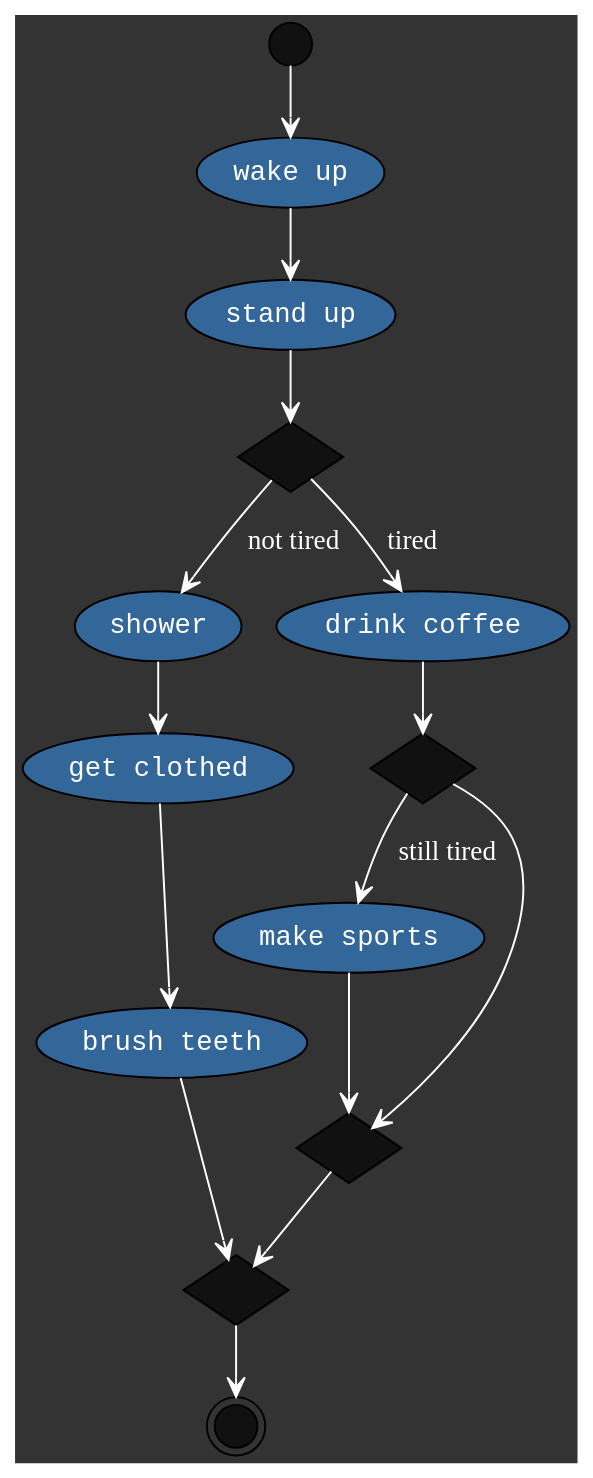
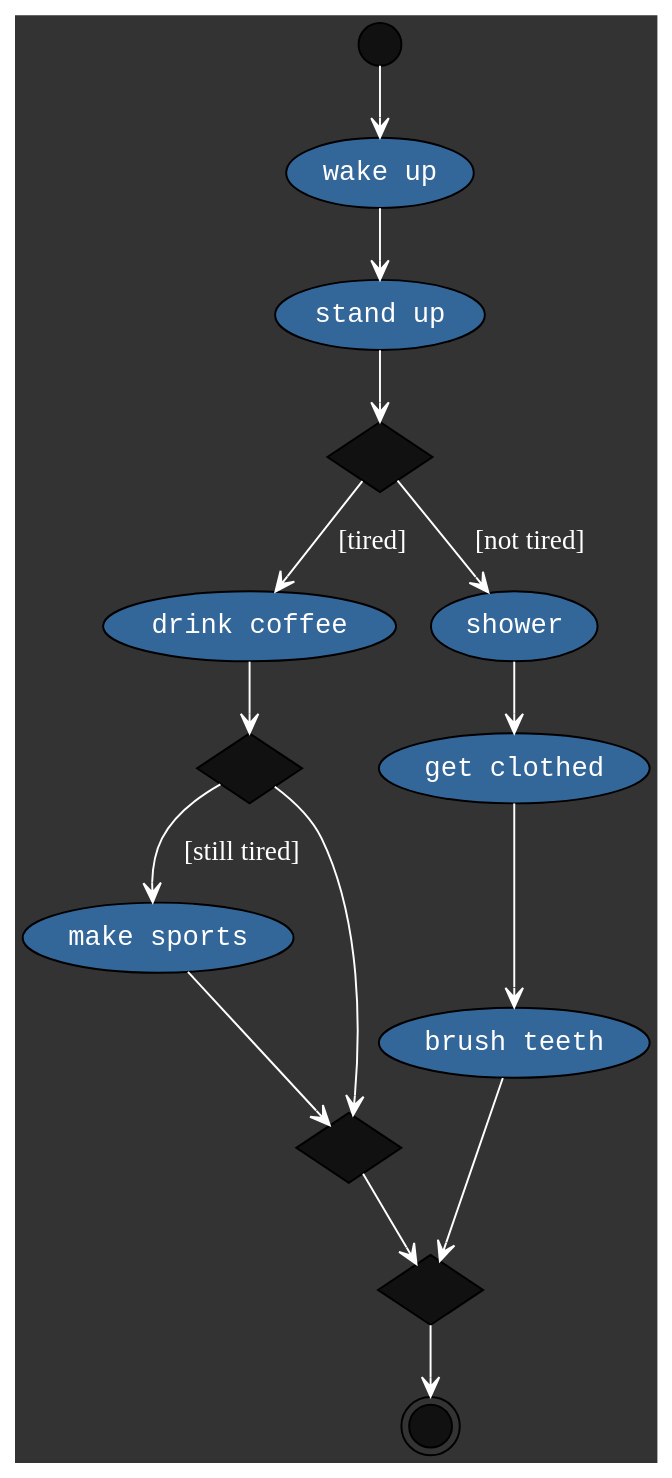
One commit to windler/AwesM changed the diagram in examples/simple_test.png.dot. Above: the diagram before and after it, drawn with Graphviz. The commit also changed 2 other files, not shown here.

```diff
--- a/examples/simple_test.png.dot
+++ b/examples/simple_test.png.dot
@@ -1,32 +1,32 @@
 digraph  {
 graph [bgcolor="#333333"]
-node [fillcolor="#336699" style="filled" fontcolor="white" fontname="Courier" shape="oval"]
-edge [arrowhead="open" color="white" fontcolor="white" splines="curved"]
-"#end"[fillcolor="#111111" height="0.3" shape="doublecircle" label="" style="filled"]
-"stand up"
-"stand up"->"cond_5577006791947779410"
-"not tired]shower"[label="shower"]
-"not tired]shower"->"get clothed"
+node [fontname="Courier" shape="oval" fillcolor="#336699" style="filled" fontcolor="white"]
+edge [fontcolor="white" splines="curved" arrowhead="open" color="white"]
+"still tired]make sports"[label="make sports"]
+"still tired]make sports"->"join_8674665223082153551"
+"#end"[height="0.3" shape="doublecircle" label="" style="filled" fillcolor="#111111"]
+"#start"[fillcolor="#111111" height="0.3" shape="circle" label="" style="filled"]
+"#start"->"wake up"
+"wake up"
+"wake up"->"stand up"
+"tired]drink coffee"[label="drink coffee"]
+"tired]drink coffee"->"cond_8674665223082153551"
 "get clothed"
 "get clothed"->"brush teeth"
 "brush teeth"
 "brush teeth"->"join_5577006791947779410"
-"tired]drink coffee"[label="drink coffee"]
-"tired]drink coffee"->"cond_8674665223082153551"
-"still tired]make sports"[label="make sports"]
-"still tired]make sports"->"join_8674665223082153551"
-"join_8674665223082153551"[label="" fillcolor="#111111" shape="diamond"]
+"cond_8674665223082153551"[shape="diamond" label="" fillcolor="#111111"]
+"cond_8674665223082153551"->"still tired]make sports"[label=" [still tired]"]
+"cond_8674665223082153551"->"join_8674665223082153551"
+"join_8674665223082153551"[fillcolor="#111111" shape="diamond" label=""]
 "join_8674665223082153551"->"join_5577006791947779410"
-"#start"[label="" style="filled" fillcolor="#111111" height="0.3" shape="circle"]
-"#start"->"wake up"
-"wake up"
-"wake up"->"stand up"
-"cond_5577006791947779410"[shape="diamond" label="" fillcolor="#111111"]
-"cond_5577006791947779410"->"not tired]shower"[label="not tired"]
-"cond_5577006791947779410"->"tired]drink coffee"[label="tired"]
-"cond_8674665223082153551"[shape="diamond" label="" fillcolor="#111111"]
-"cond_8674665223082153551"->"still tired]make sports"[label="still tired"]
-"cond_8674665223082153551"->"join_8674665223082153551"
 "join_5577006791947779410"[shape="diamond" label="" fillcolor="#111111"]
 "join_5577006791947779410"->"#end"
+"stand up"
+"stand up"->"cond_5577006791947779410"
+"cond_5577006791947779410"[fillcolor="#111111" shape="diamond" label=""]
+"cond_5577006791947779410"->"not tired]shower"[label=" [not tired]"]
+"cond_5577006791947779410"->"tired]drink coffee"[label=" [tired]"]
+"not tired]shower"[label="shower"]
+"not tired]shower"->"get clothed"
 }
```
